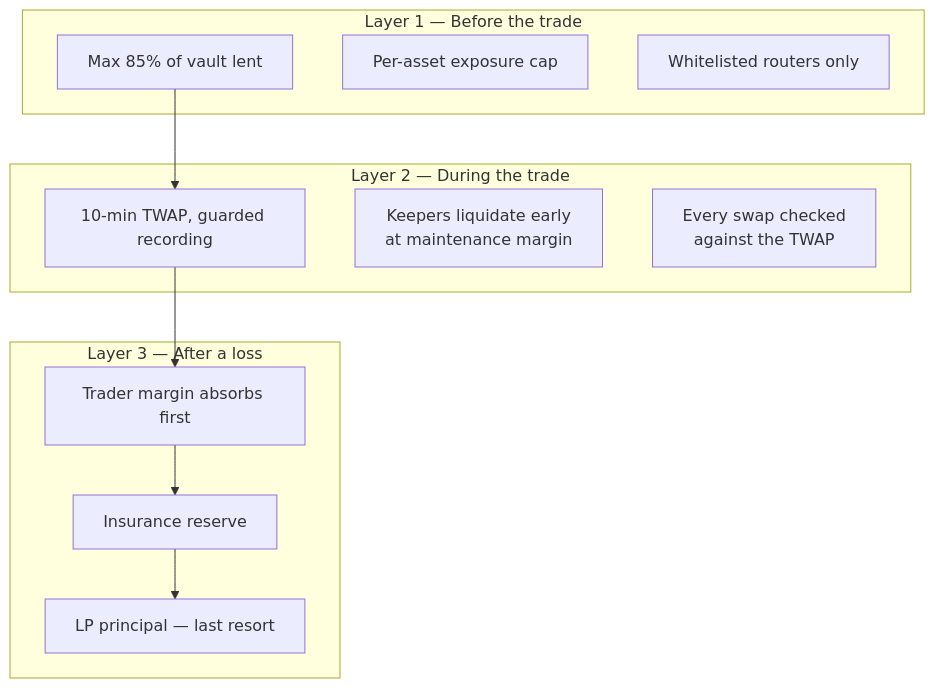
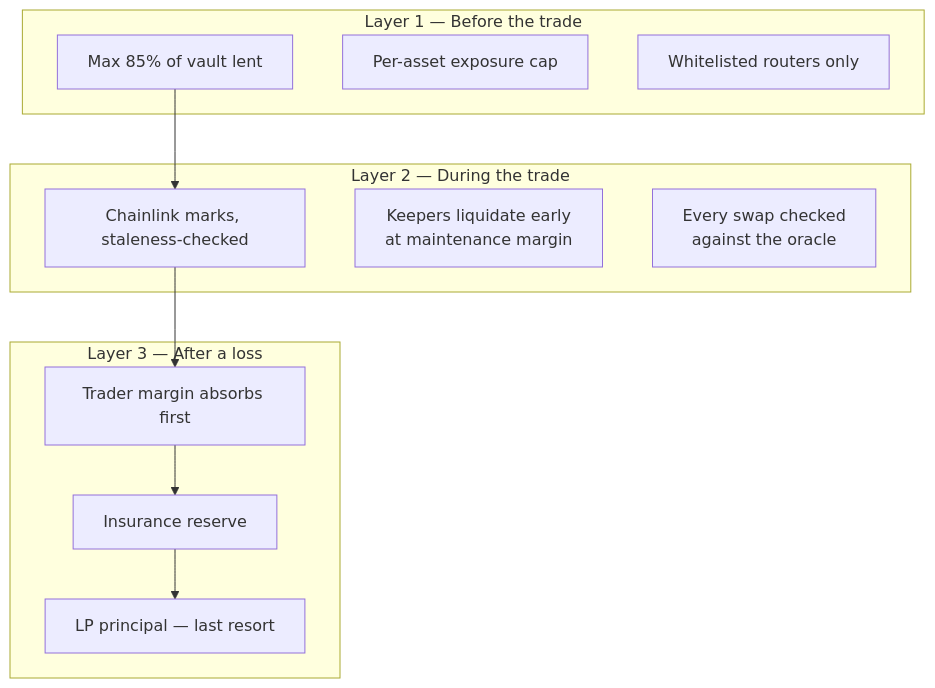
One commit to Niraj-Kamdar/decentralised-prop-trading changed the ninth of 10 diagrams in README.md. Above: the diagram before and after it, drawn with Mermaid. The commit also changed other lines of this file and 4 other files, not shown here.

First line of the commit message:
docs: describe the Base deployment, Chainlink oracle and trader levels

````diff
--- a/README.md
+++ b/README.md
@@ -192,19 +203,19 @@
 ```mermaid
 flowchart TB
     subgraph "Layer 1 — Before the trade"
         A1[Max 85% of vault lent]
         A2[Per-asset exposure cap]
         A3[Whitelisted routers only]
     end
     subgraph "Layer 2 — During the trade"
-        B1[10-min TWAP, guarded recording]
+        B1[Chainlink marks, staleness-checked]
         B2[Keepers liquidate early<br/>at maintenance margin]
-        B3[Every swap checked<br/>against the TWAP]
+        B3[Every swap checked<br/>against the oracle]
     end
     subgraph "Layer 3 — After a loss"
         C1[Trader margin absorbs first]
         C2[Insurance reserve]
         C3[LP principal — last resort]
     end
     A1 --> B1 --> C1 --> C2 --> C3
 ```
````
